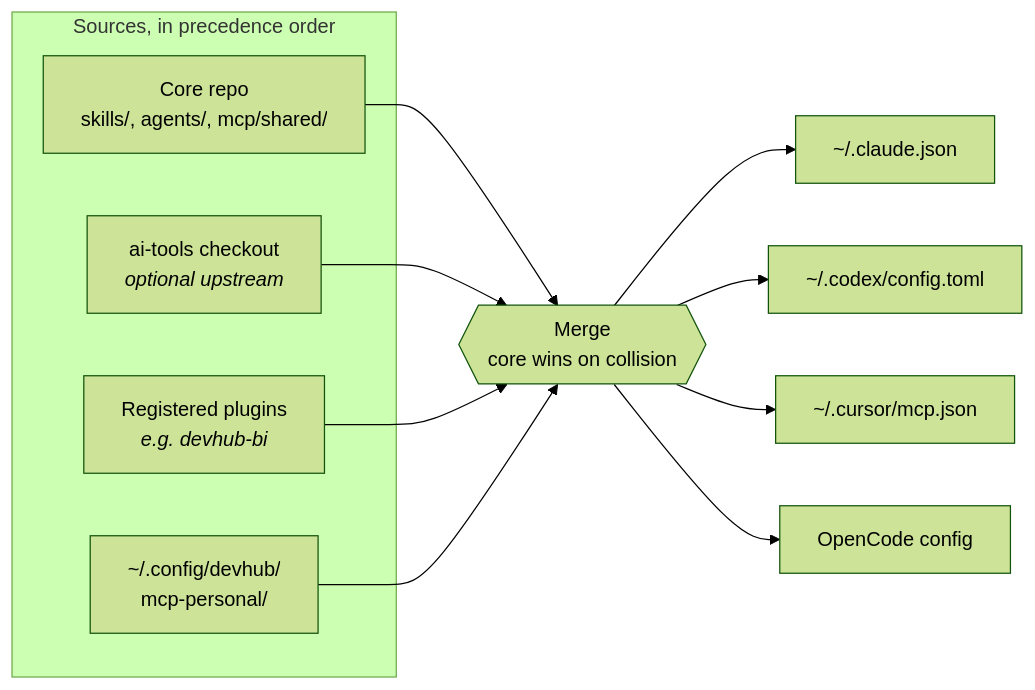
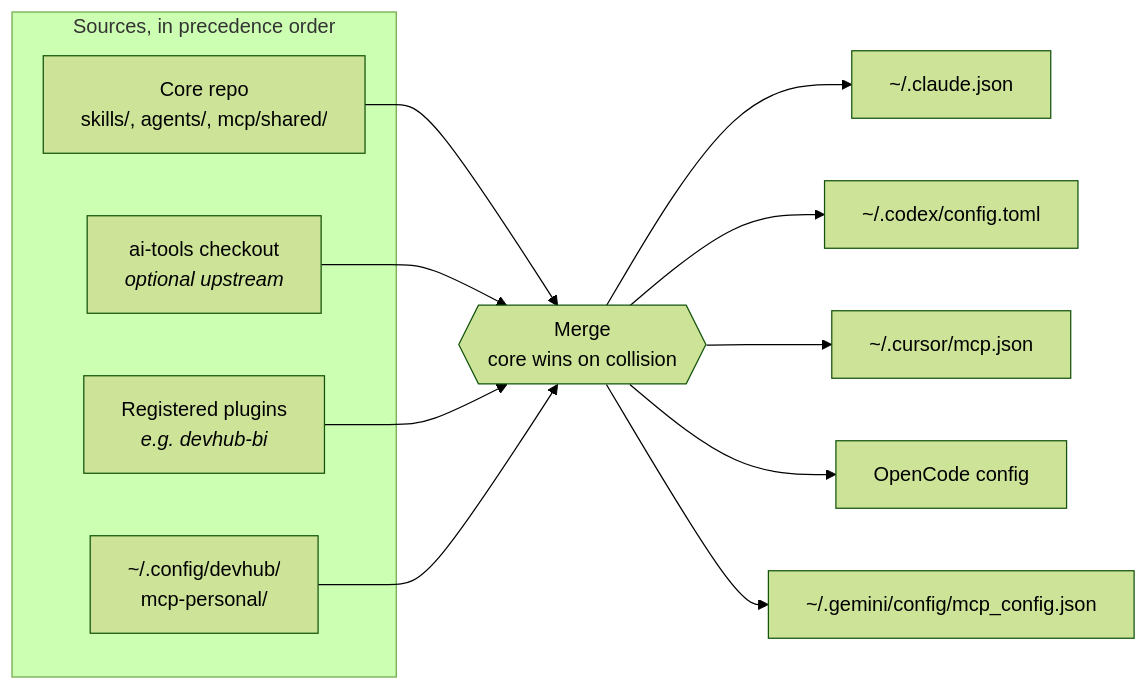
The diagram in docs/architecture/sync-engine.md (jmcelreavey/devhub), drawn with Mermaid (forest theme) before and after one commit. The commit also changed other lines of this file and 16 other files, not shown here.

````diff
--- a/docs/architecture/sync-engine.md
+++ b/docs/architecture/sync-engine.md
@@ -17,19 +17,20 @@
 ```mermaid
 graph LR
   subgraph sources["Sources, in precedence order"]
     core["Core repo<br/>skills/, agents/, mcp/shared/"]
     ai["ai-tools checkout<br/><i>optional upstream</i>"]
     plug["Registered plugins<br/><i>e.g. devhub-bi</i>"]
     personal["~/.config/devhub/<br/>mcp-personal/"]
   end
 
   core --> merge{{"Merge<br/>core wins on collision"}}
   ai --> merge
   plug --> merge
   personal --> merge
 
   merge --> claude["~/.claude.json"]
   merge --> codex["~/.codex/config.toml"]
   merge --> cursor["~/.cursor/mcp.json"]
   merge --> oc["OpenCode config"]
+  merge --> agy["~/.gemini/config/mcp_config.json"]
 ```
````
